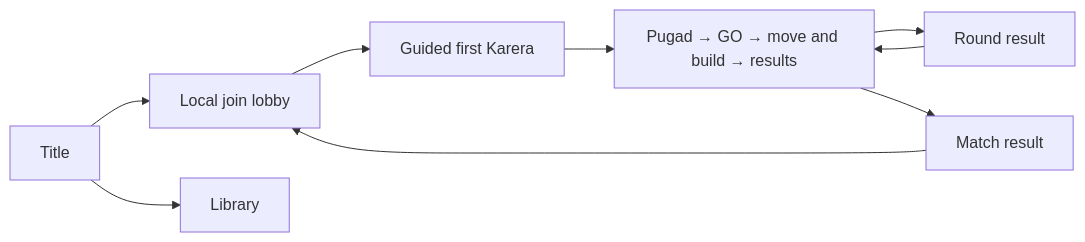
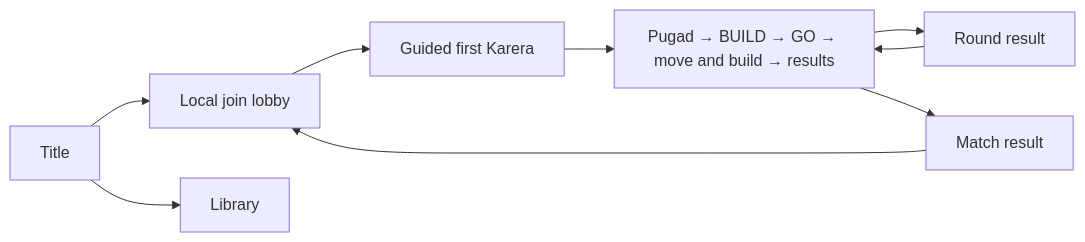
One commit to HoplyXD/Tilaok changed the diagram in docs/UI_TUTORIAL.md. Above: the diagram before and after it, drawn with Mermaid. The commit also changed other lines of this file and 41 other files, not shown here.

Commit message:
feat(match): add shared preparation build phase

````diff
--- a/docs/UI_TUTORIAL.md
+++ b/docs/UI_TUTORIAL.md
@@ -15,11 +15,11 @@
 ```mermaid
 flowchart LR
   Title[Title] --> Lobby[Local join lobby]
   Title --> Library[Library]
   Lobby --> Tutorial[Guided first Karera]
-  Tutorial --> Match[Pugad → GO → move and build → results]
+  Tutorial --> Match[Pugad → BUILD → GO → move and build → results]
   Match --> Round[Round result]
   Round --> Match
   Match --> Results[Match result]
   Results --> Lobby
 ```
````
